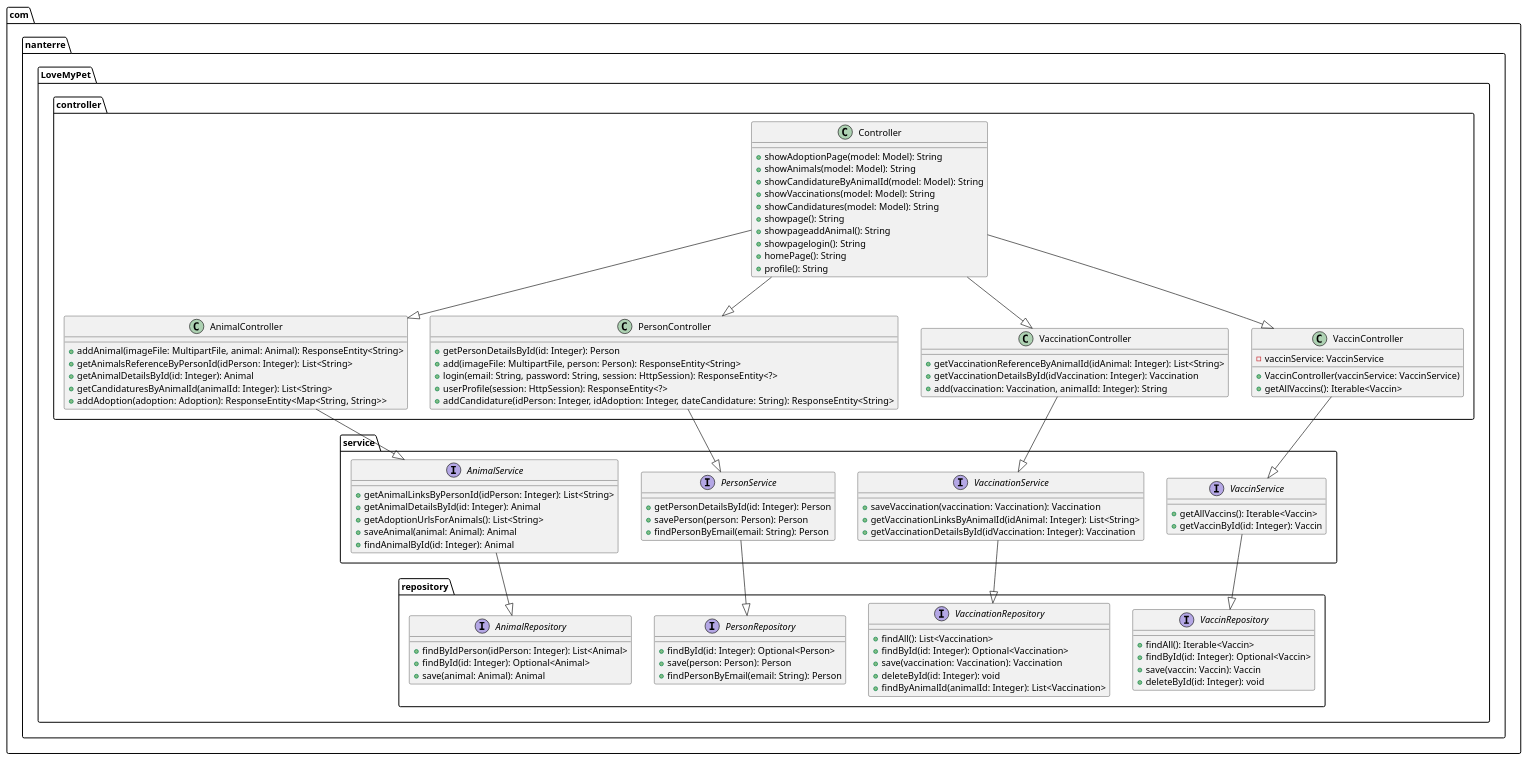
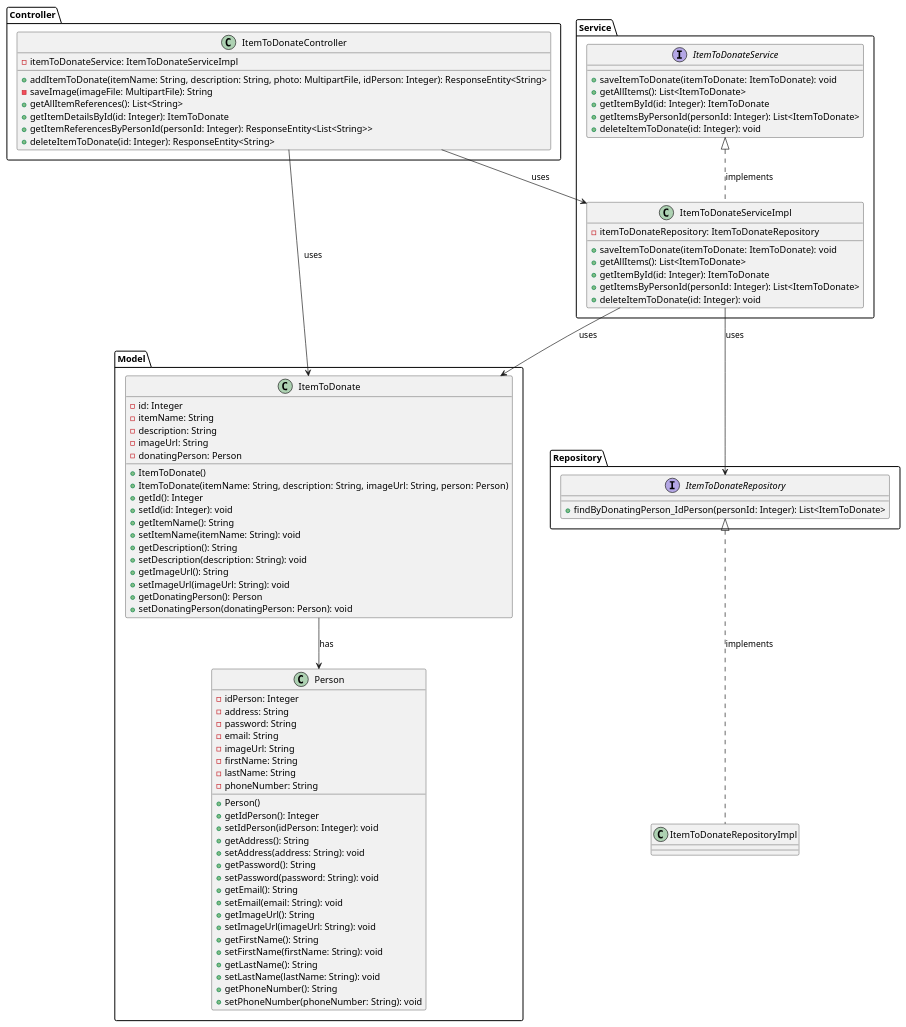
One commit to malek62-info/LoveMyPet changed the seventh of 7 diagrams in docs/documentation.adoc. Above: the diagram before and after it, drawn with PlantUML. The commit also changed other lines of this file and 8 other files, not shown here.

```diff
--- a/docs/documentation.adoc
+++ b/docs/documentation.adoc
@@ -1010,112 +986,182 @@
 ----
 @startuml
 
-package com.nanterre.LoveMyPet.controller {
-  class AnimalController {
-    + addAnimal(imageFile: MultipartFile, animal: Animal): ResponseEntity<String>
-    + getAnimalsReferenceByPersonId(idPerson: Integer): List<String>
-    + getAnimalDetailsById(id: Integer): Animal
-    + getCandidaturesByAnimalId(animalId: Integer): List<String>
-    + addAdoption(adoption: Adoption): ResponseEntity<Map<String, String>>
-  }
-  class Controller {
-    + showAdoptionPage(model: Model): String
-    + showAnimals(model: Model): String
-    + showCandidatureByAnimalId(model: Model): String
-    + showVaccinations(model: Model): String
-    + showCandidatures(model: Model): String
-    + showpage(): String
-    + showpageaddAnimal(): String
-    + showpagelogin(): String
-    + homePage(): String
-    + profile(): String
-  }
-  class PersonController {
-    + getPersonDetailsById(id: Integer): Person
-    + add(imageFile: MultipartFile, person: Person): ResponseEntity<String>
-    + login(email: String, password: String, session: HttpSession): ResponseEntity<?>
-    + userProfile(session: HttpSession): ResponseEntity<?>
-    + addCandidature(idPerson: Integer, idAdoption: Integer, dateCandidature: String): ResponseEntity<String>
-  }
-  class VaccinationController {
-    + getVaccinationReferenceByAnimalId(idAnimal: Integer): List<String>
-    + getVaccinationDetailsById(idVaccination: Integer): Vaccination
-    + add(vaccination: Vaccination, animalId: Integer): String
-  }
-
-  class VaccinController {
-    - vaccinService: VaccinService
-    + VaccinController(vaccinService: VaccinService)
-    + getAllVaccins(): Iterable<Vaccin>
-  }
+package "Controller" {
+    class ItemToDonateController {
+        - itemToDonateService: ItemToDonateServiceImpl
+        + addItemToDonate(itemName: String, description: String, photo: MultipartFile, idPerson: Integer): ResponseEntity<String>
+        - saveImage(imageFile: MultipartFile): String
+        + getAllItemReferences(): List<String>
+        + getItemDetailsById(id: Integer): ItemToDonate
+        + getItemReferencesByPersonId(personId: Integer): ResponseEntity<List<String>>
+        + deleteItemToDonate(id: Integer): ResponseEntity<String>
+    }
 }
 
-package com.nanterre.LoveMyPet.service {
-  interface AnimalService {
-    + getAnimalLinksByPersonId(idPerson: Integer): List<String>
-    + getAnimalDetailsById(id: Integer): Animal
-    + getAdoptionUrlsForAnimals(): List<String>
-    + saveAnimal(animal: Animal): Animal
-    + findAnimalById(id: Integer): Animal
-  }
-  interface PersonService {
-    + getPersonDetailsById(id: Integer): Person
-    + savePerson(person: Person): Person
-    + findPersonByEmail(email: String): Person
-  }
-  interface VaccinationService {
-    + saveVaccination(vaccination: Vaccination): Vaccination
-    + getVaccinationLinksByAnimalId(idAnimal: Integer): List<String>
-    + getVaccinationDetailsById(idVaccination: Integer): Vaccination
-  }
-  
-  interface VaccinService {
-  + getAllVaccins(): Iterable<Vaccin>
-  + getVaccinById(id: Integer): Vaccin
-  }
+package "Model" {
+    class ItemToDonate {
+        - id: Integer
+        - itemName: String
+        - description: String
+        - imageUrl: String
+        - donatingPerson: Person
+        + ItemToDonate()
+        + ItemToDonate(itemName: String, description: String, imageUrl: String, person: Person)
+        + getId(): Integer
+        + setId(id: Integer): void
+        + getItemName(): String
+        + setItemName(itemName: String): void
+        + getDescription(): String
+        + setDescription(description: String): void
+        + getImageUrl(): String
+        + setImageUrl(imageUrl: String): void
+        + getDonatingPerson(): Person
+        + setDonatingPerson(donatingPerson: Person): void
+    }
 
+    class Person {
+        - idPerson: Integer
+        - address: String
+        - password: String
+        - email: String
+        - imageUrl: String
+        - firstName: String
+        - lastName: String
+        - phoneNumber: String
+        + Person()
+        + getIdPerson(): Integer
+        + setIdPerson(idPerson: Integer): void
+        + getAddress(): String
+        + setAddress(address: String): void
+        + getPassword(): String
+        + setPassword(password: String): void
+        + getEmail(): String
+        + setEmail(email: String): void
+        + getImageUrl(): String
+        + setImageUrl(imageUrl: String): void
+        + getFirstName(): String
+        + setFirstName(firstName: String): void
+        + getLastName(): String
+        + setLastName(lastName: String): void
+        + getPhoneNumber(): String
+        + setPhoneNumber(phoneNumber: String): void
+    }
 }
 
-package com.nanterre.LoveMyPet.repository {
-  interface AnimalRepository {
-    + findByIdPerson(idPerson: Integer): List<Animal>
-    + findById(id: Integer): Optional<Animal>
-    + save(animal: Animal): Animal
-  }
-  interface PersonRepository {
-    + findById(id: Integer): Optional<Person>
-    + save(person: Person): Person
-    + findPersonByEmail(email: String): Person
-  }
-  interface VaccinRepository {
-    + findAll(): Iterable<Vaccin>
-    + findById(id: Integer): Optional<Vaccin>
-    + save(vaccin: Vaccin): Vaccin
-    + deleteById(id: Integer): void
-  }
-  interface VaccinationRepository {
-    + findAll(): List<Vaccination>
-    + findById(id: Integer): Optional<Vaccination>
-    + save(vaccination: Vaccination): Vaccination
-    + deleteById(id: Integer): void
-    + findByAnimalId(animalId: Integer): List<Vaccination>
-  }
+package "Repository" {
+    interface ItemToDonateRepository {
+        + findByDonatingPerson_IdPerson(personId: Integer): List<ItemToDonate>
+    }
 }
 
-Controller --|> VaccinationController
-Controller --|> AnimalController
-Controller --|> VaccinController
-Controller --|> PersonController
+package "Service" {
+    interface ItemToDonateService {
+        + saveItemToDonate(itemToDonate: ItemToDonate): void
+        + getAllItems(): List<ItemToDonate>
+        + getItemById(id: Integer): ItemToDonate
+        + getItemsByPersonId(personId: Integer): List<ItemToDonate>
+        + deleteItemToDonate(id: Integer): void
+    }
 
-VaccinationController --|> VaccinationService
-AnimalController --|> AnimalService
-VaccinController --|> VaccinService
-PersonController --|> PersonService
+    class ItemToDonateServiceImpl {
+        - itemToDonateRepository: ItemToDonateRepository
+        + saveItemToDonate(itemToDonate: ItemToDonate): void
+        + getAllItems(): List<ItemToDonate>
+        + getItemById(id: Integer): ItemToDonate
+        + getItemsByPersonId(personId: Integer): List<ItemToDonate>
+        + deleteItemToDonate(id: Integer): void
+    }
+}
 
-AnimalService --|> AnimalRepository
-VaccinationService --|> VaccinationRepository
-VaccinService --|> VaccinRepository
-PersonService --|> PersonRepository
+ItemToDonateController --> ItemToDonateServiceImpl : uses
+ItemToDonateController --> ItemToDonate : uses
+ItemToDonate --> Person : has
+ItemToDonateServiceImpl --> ItemToDonateRepository : uses
+ItemToDonateServiceImpl --> ItemToDonate : uses
+ItemToDonateService <|.. ItemToDonateServiceImpl : implements
+ItemToDonateRepository <|.. ItemToDonateRepositoryImpl : implements
 
 @enduml
+
+
+
+
+
+
+
+
+
+
+
+
+
+
+
+
+
+
+
+
+
+
+
+
+
+
+
+
+
+
+
+
+
+
+
+
+
+
+
+
+
+
+
+
+
+
+
+
+
+
+
+
+
+
+
+
+
+
+
+
+
+
+
+
+
+
+
+
+
+
+
+
+
+
+
+
+---
+
+== Partie 3 : Modélisation
+
+
+[plantuml]
 ----
```
